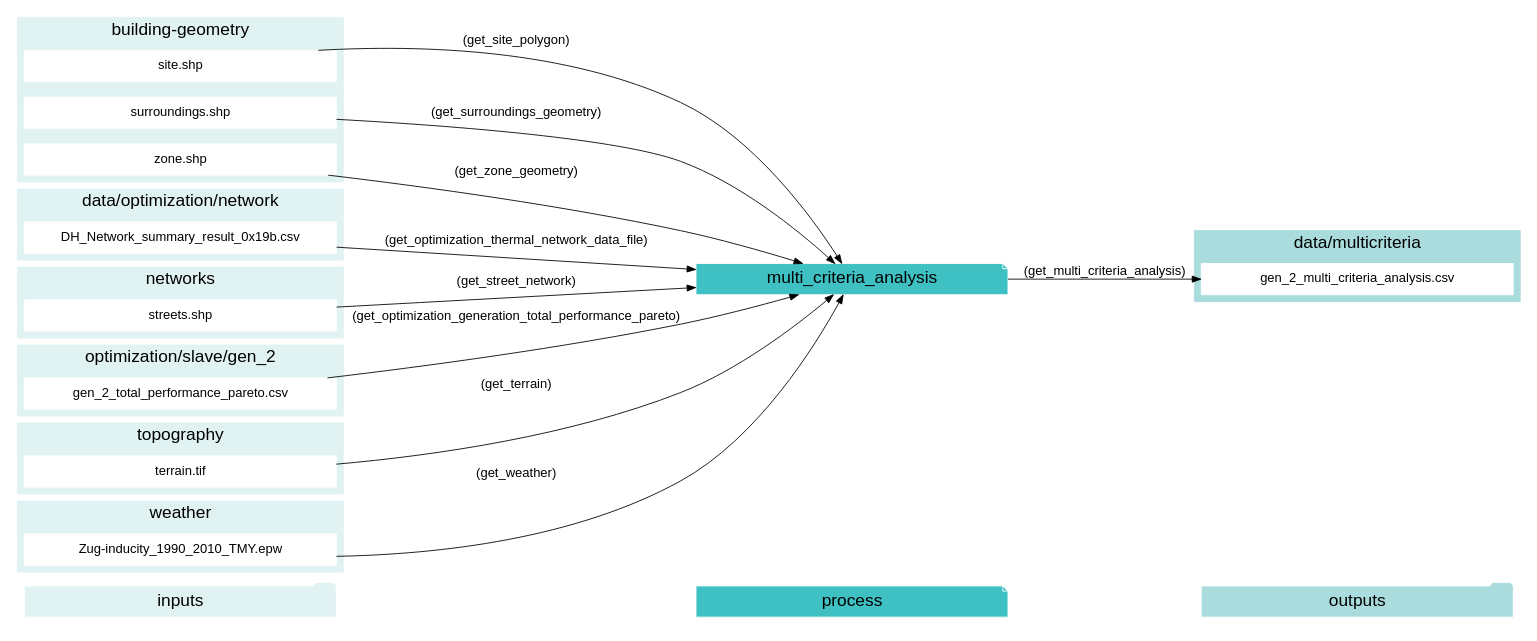
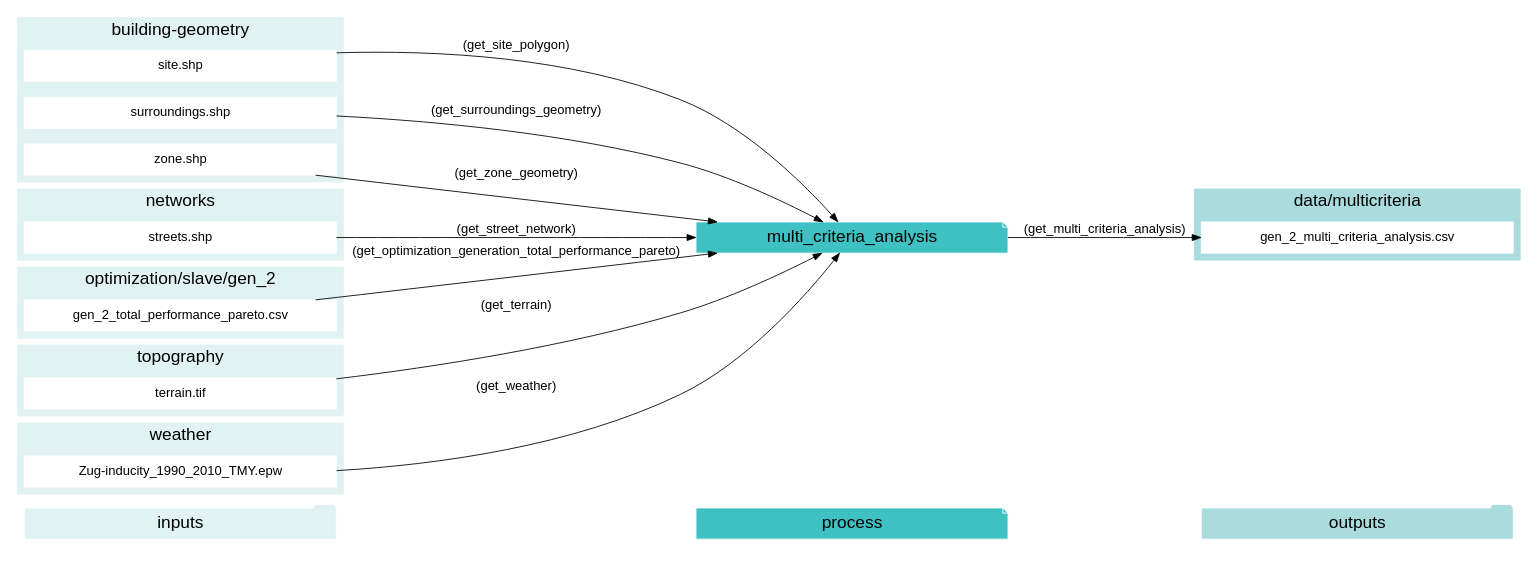
One commit to architecture-building-systems/CityEnergyAnalyst changed the first of 23 diagrams in docs/script-data-flow.rst. Above: the diagram before and after it, drawn with Graphviz. The commit also changed other lines of this file and 25 other files, not shown here.

Commit message:
working on the graphviz output

```diff
--- a/docs/script-data-flow.rst
+++ b/docs/script-data-flow.rst
@@ -51,18 +51,10 @@
         color = "#E1F2F2";
         fontsize = 20;
         rank=same;
-        label="data/optimization/network";
-        "DH_Network_summary_result_0x19b.csv"
-    }
-    subgraph cluster_3_in {
-        style = filled;
-        color = "#E1F2F2";
-        fontsize = 20;
-        rank=same;
         label="networks";
         "streets.shp"
     }
-    subgraph cluster_4_in {
+    subgraph cluster_3_in {
         style = filled;
         color = "#E1F2F2";
         fontsize = 20;
@@ -70,7 +62,7 @@
         label="optimization/slave/gen_2";
         "gen_2_total_performance_pareto.csv"
     }
-    subgraph cluster_5_in {
+    subgraph cluster_4_in {
         style = filled;
         color = "#E1F2F2";
         fontsize = 20;
@@ -78,7 +70,7 @@
         label="topography";
         "terrain.tif"
     }
-    subgraph cluster_6_in {
+    subgraph cluster_5_in {
         style = filled;
         color = "#E1F2F2";
         fontsize = 20;
@@ -87,7 +79,6 @@
         "Zug-inducity_1990_2010_TMY.epw"
     }
     "gen_2_total_performance_pareto.csv" -> "multi_criteria_analysis"[label="(get_optimization_generation_total_performance_pareto)"]
-    "DH_Network_summary_result_0x19b.csv" -> "multi_criteria_analysis"[label="(get_optimization_thermal_network_data_file)"]
     "site.shp" -> "multi_criteria_analysis"[label="(get_site_polygon)"]
     "streets.shp" -> "multi_criteria_analysis"[label="(get_street_network)"]
     "surroundings.shp" -> "multi_criteria_analysis"[label="(get_surroundings_geometry)"]
```
